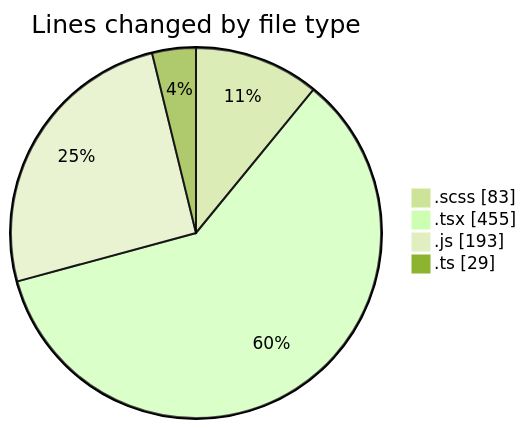
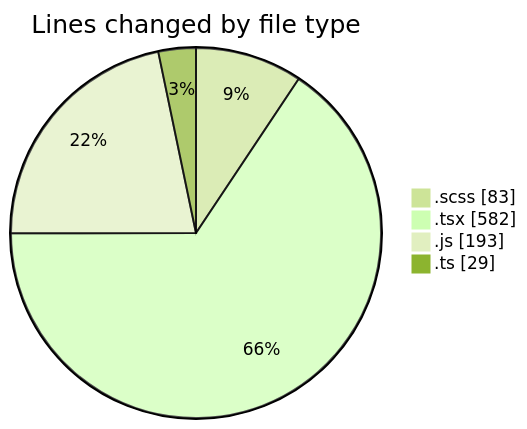
Before and after one commit to momahboobian/code-tracking: the first of 2 diagrams in 2025-03-14/cda/README.md, drawn with Mermaid (forest theme). The commit also changed other lines of this file and 1 other file, not shown here.

````diff
--- a/2025-03-14/cda/README.md
+++ b/2025-03-14/cda/README.md
@@ -27,8 +28,8 @@
 ```mermaid
 pie showData
 title Lines changed by file type
 ".scss" : 83
-".tsx" : 455
+".tsx" : 582
 ".js" : 193
 ".ts" : 29
 ```
````
